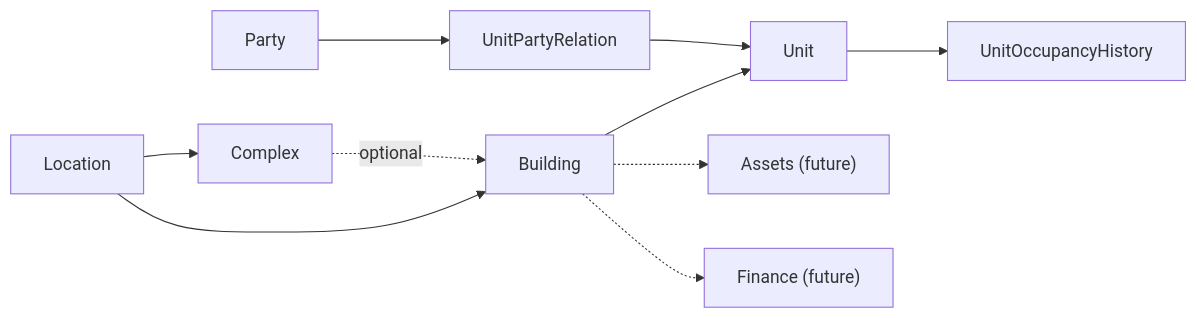
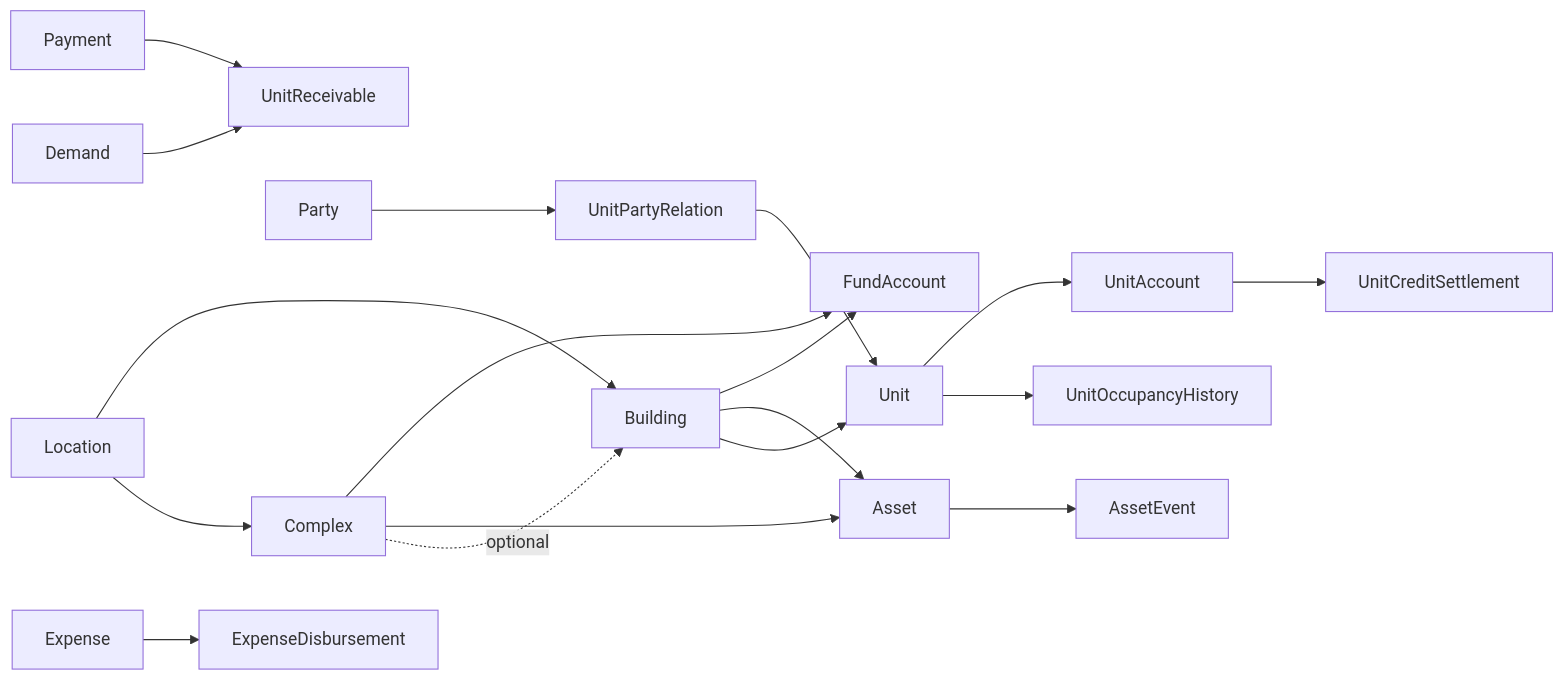
Before and after one commit to farshidbs/Building-Management-Backend: the diagram in docs/domain-overview.md, drawn with Mermaid. The commit also changed other lines of this file and 29 other files, not shown here.

````diff
--- a/docs/domain-overview.md
+++ b/docs/domain-overview.md
@@ -5,12 +5,18 @@
 ```mermaid
 flowchart LR
   Location --> Complex
   Location --> Building
   Complex -. optional .-> Building
   Building --> Unit
-  Party --> UnitPartyRelation
-  UnitPartyRelation --> Unit
+  Party --> UnitPartyRelation --> Unit
   Unit --> UnitOccupancyHistory
-  Building -.-> Assets["Assets (future)"]
-  Building -.-> Finance["Finance (future)"]
+  Complex --> Asset
+  Building --> Asset --> AssetEvent
+  Unit --> UnitAccount
+  Building --> FundAccount
+  Complex --> FundAccount
+  Demand --> UnitReceivable
+  Payment --> UnitReceivable
+  Expense --> ExpenseDisbursement
+  UnitAccount --> UnitCreditSettlement
 ```
````
